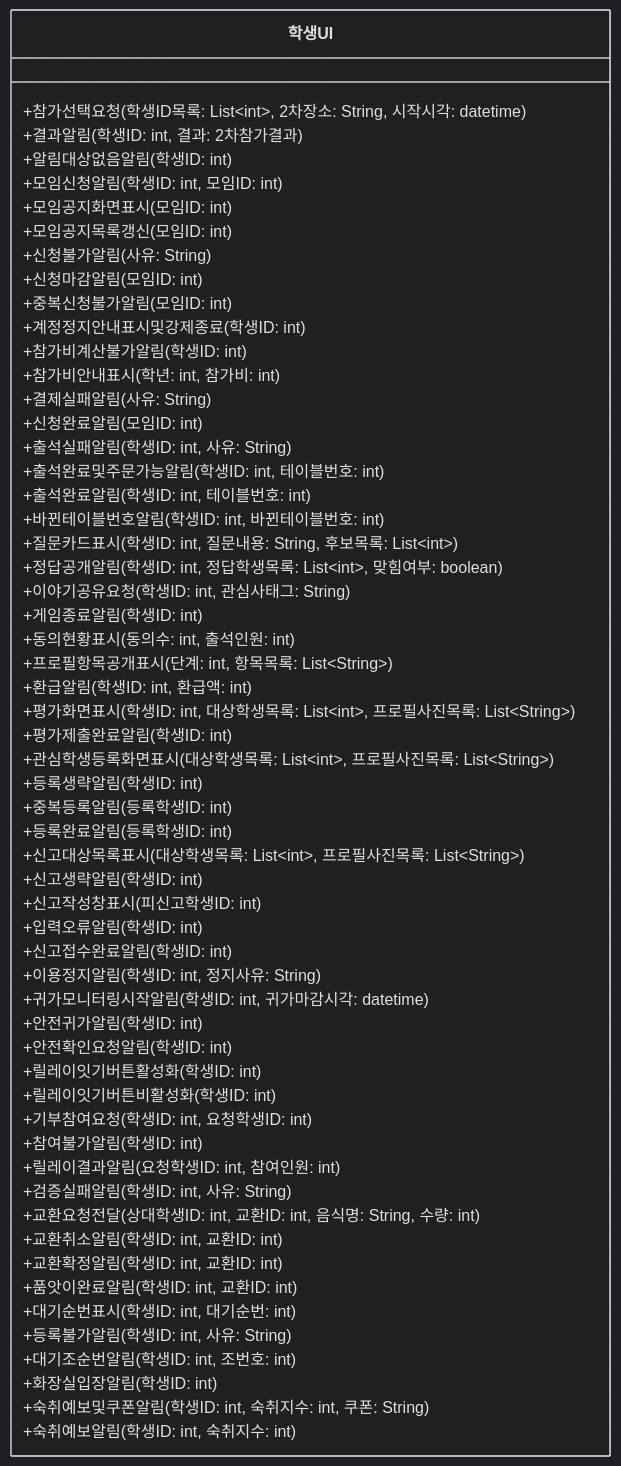
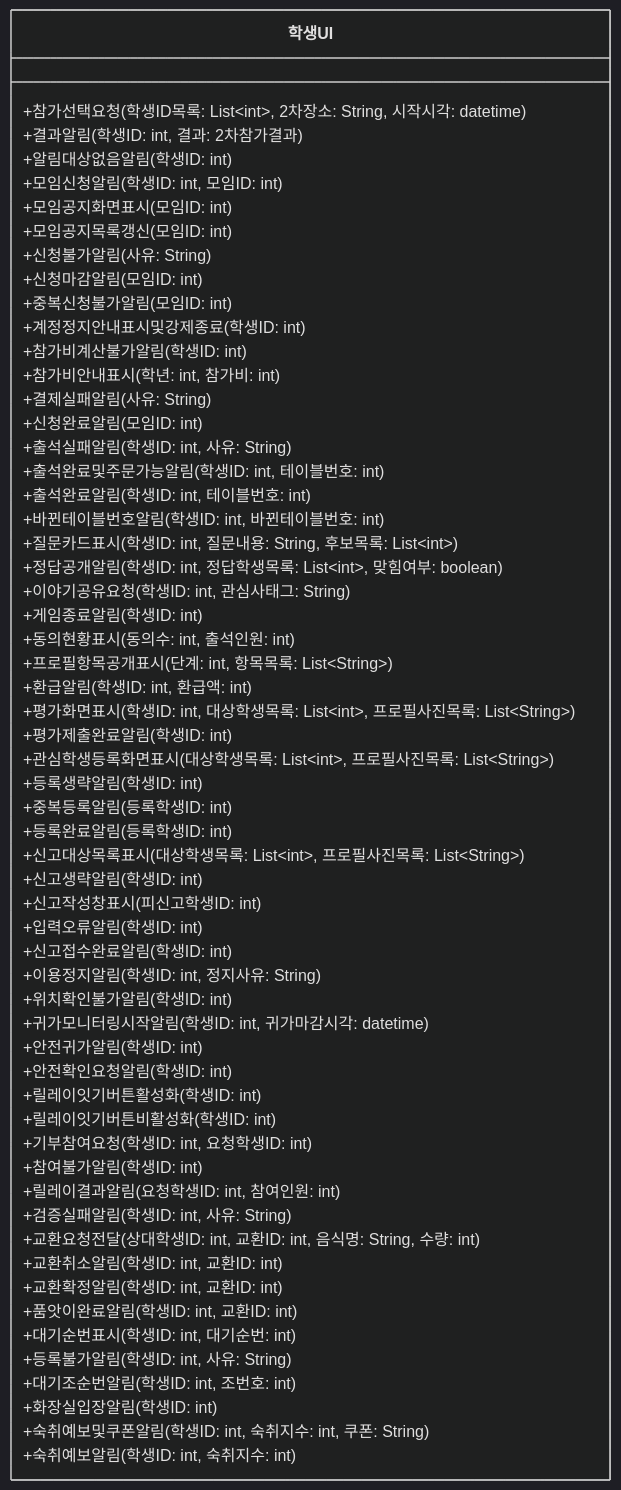
Before and after one commit to hojae3/sw-engineering-16: diagram 13 of 14 in class-diagram/class-diagram.md, drawn with Mermaid (dark theme). The commit also changed other lines of this file and 11 other files, not shown here.

````diff
--- a/class-diagram/class-diagram.md
+++ b/class-diagram/class-diagram.md
@@ -870,62 +870,63 @@
 ```mermaid
 classDiagram
     direction LR
     class StudentUI["학생UI"] {
         +참가선택요청(학생ID목록: List~int~, 2차장소: String, 시작시각: datetime)
         +결과알림(학생ID: int, 결과: 2차참가결과)
         +알림대상없음알림(학생ID: int)
         +모임신청알림(학생ID: int, 모임ID: int)
         +모임공지화면표시(모임ID: int)
         +모임공지목록갱신(모임ID: int)
         +신청불가알림(사유: String)
         +신청마감알림(모임ID: int)
         +중복신청불가알림(모임ID: int)
         +계정정지안내표시및강제종료(학생ID: int)
         +참가비계산불가알림(학생ID: int)
         +참가비안내표시(학년: int, 참가비: int)
         +결제실패알림(사유: String)
         +신청완료알림(모임ID: int)
         +출석실패알림(학생ID: int, 사유: String)
         +출석완료및주문가능알림(학생ID: int, 테이블번호: int)
         +출석완료알림(학생ID: int, 테이블번호: int)
         +바뀐테이블번호알림(학생ID: int, 바뀐테이블번호: int)
         +질문카드표시(학생ID: int, 질문내용: String, 후보목록: List~int~)
         +정답공개알림(학생ID: int, 정답학생목록: List~int~, 맞힘여부: boolean)
         +이야기공유요청(학생ID: int, 관심사태그: String)
         +게임종료알림(학생ID: int)
         +동의현황표시(동의수: int, 출석인원: int)
         +프로필항목공개표시(단계: int, 항목목록: List~String~)
         +환급알림(학생ID: int, 환급액: int)
         +평가화면표시(학생ID: int, 대상학생목록: List~int~, 프로필사진목록: List~String~)
         +평가제출완료알림(학생ID: int)
         +관심학생등록화면표시(대상학생목록: List~int~, 프로필사진목록: List~String~)
         +등록생략알림(학생ID: int)
         +중복등록알림(등록학생ID: int)
         +등록완료알림(등록학생ID: int)
         +신고대상목록표시(대상학생목록: List~int~, 프로필사진목록: List~String~)
         +신고생략알림(학생ID: int)
         +신고작성창표시(피신고학생ID: int)
         +입력오류알림(학생ID: int)
         +신고접수완료알림(학생ID: int)
         +이용정지알림(학생ID: int, 정지사유: String)
+        +위치확인불가알림(학생ID: int)
         +귀가모니터링시작알림(학생ID: int, 귀가마감시각: datetime)
         +안전귀가알림(학생ID: int)
         +안전확인요청알림(학생ID: int)
         +릴레이잇기버튼활성화(학생ID: int)
         +릴레이잇기버튼비활성화(학생ID: int)
         +기부참여요청(학생ID: int, 요청학생ID: int)
         +참여불가알림(학생ID: int)
         +릴레이결과알림(요청학생ID: int, 참여인원: int)
         +검증실패알림(학생ID: int, 사유: String)
         +교환요청전달(상대학생ID: int, 교환ID: int, 음식명: String, 수량: int)
         +교환취소알림(학생ID: int, 교환ID: int)
         +교환확정알림(학생ID: int, 교환ID: int)
         +품앗이완료알림(학생ID: int, 교환ID: int)
         +대기순번표시(학생ID: int, 대기순번: int)
         +등록불가알림(학생ID: int, 사유: String)
         +대기조순번알림(학생ID: int, 조번호: int)
         +화장실입장알림(학생ID: int)
         +숙취예보및쿠폰알림(학생ID: int, 숙취지수: int, 쿠폰: String)
         +숙취예보알림(학생ID: int, 숙취지수: int)
     }
 ```
````
